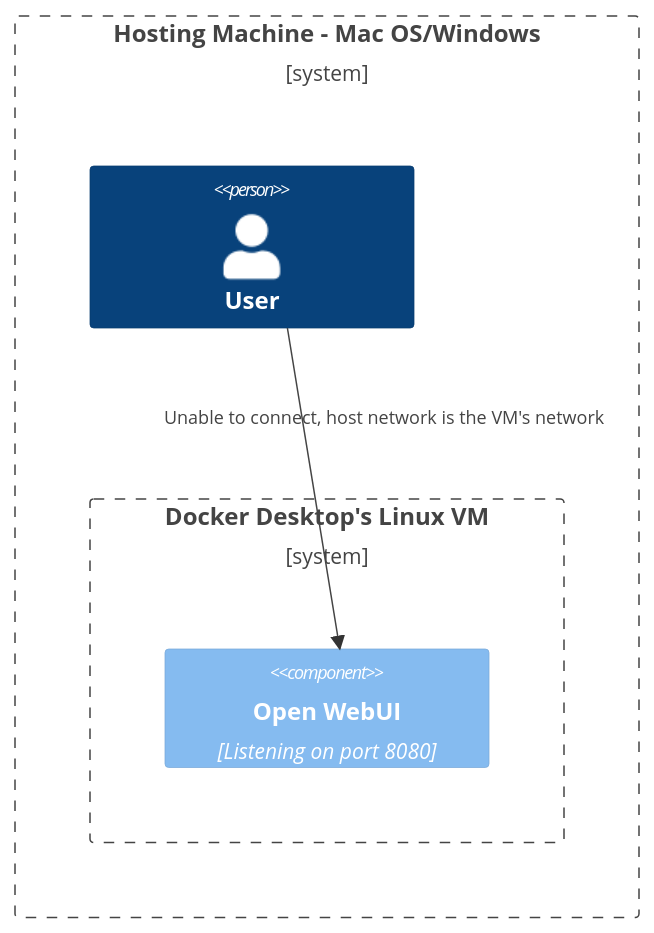
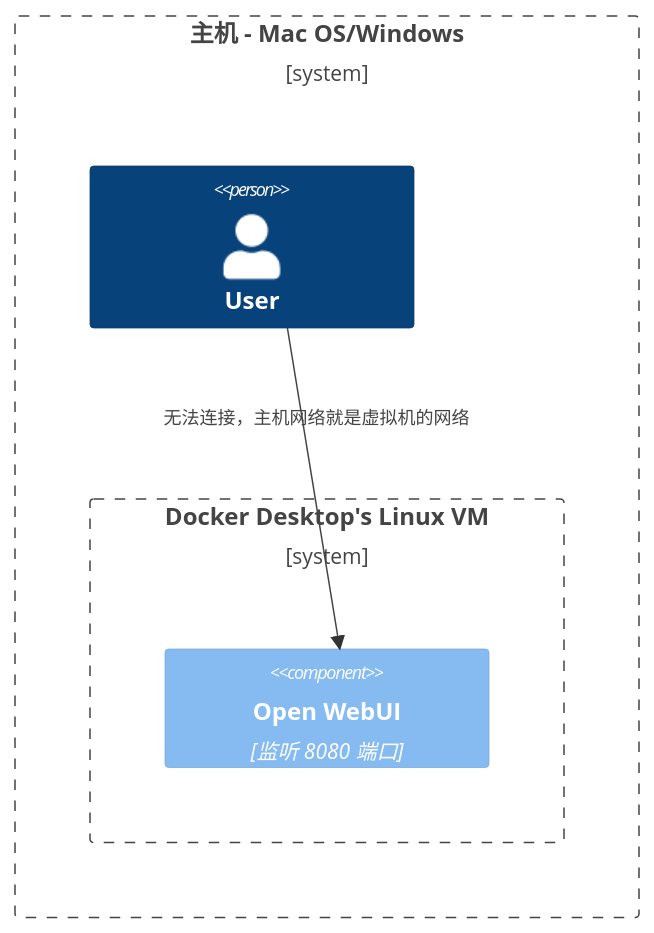
The fourth of 8 diagrams in docs/reference/network-diagrams.mdx (GamblerIX2/open-webui-docs), drawn with Mermaid before and after one commit. The commit also changed other lines of this file and 175 other files, not shown here.

````diff
--- a/docs/reference/network-diagrams.mdx
+++ b/docs/reference/network-diagrams.mdx
@@ -90,11 +90,11 @@
 ```mermaid
 C4Context
-Boundary(b0, "Hosting Machine - Mac OS/Windows") {
+Boundary(b0, "主机 - Mac OS/Windows") {
    Person(user, "User")
    Boundary(b1, "Docker Desktop's Linux VM") {
-      Component(openwebui, "Open WebUI", "Listening on port 8080")
+      Component(openwebui, "Open WebUI", "监听 8080 端口")
    }
 }
-Rel(user, openwebui, "Unable to connect, host network is the VM's network")
+Rel(user, openwebui, "无法连接，主机网络就是虚拟机的网络")
 UpdateRelStyle(user, openwebui, $offsetX="-100", $offsetY="-50")
 ```
````
